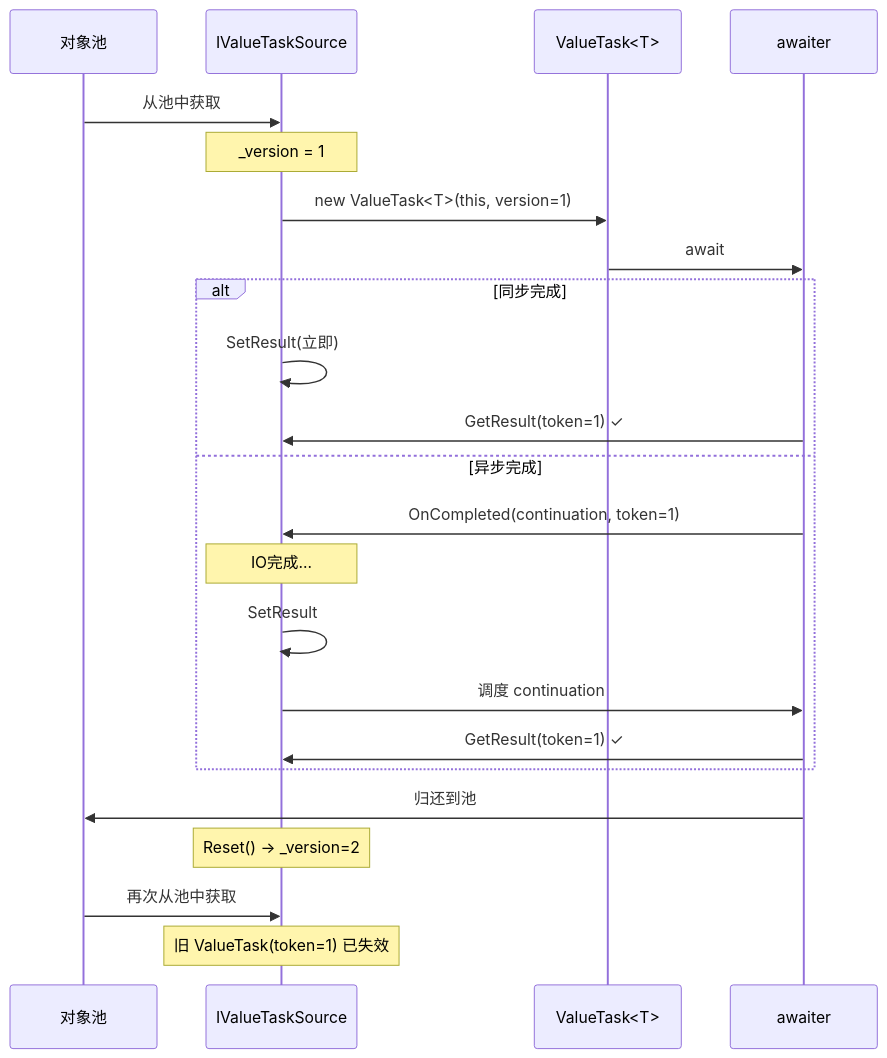
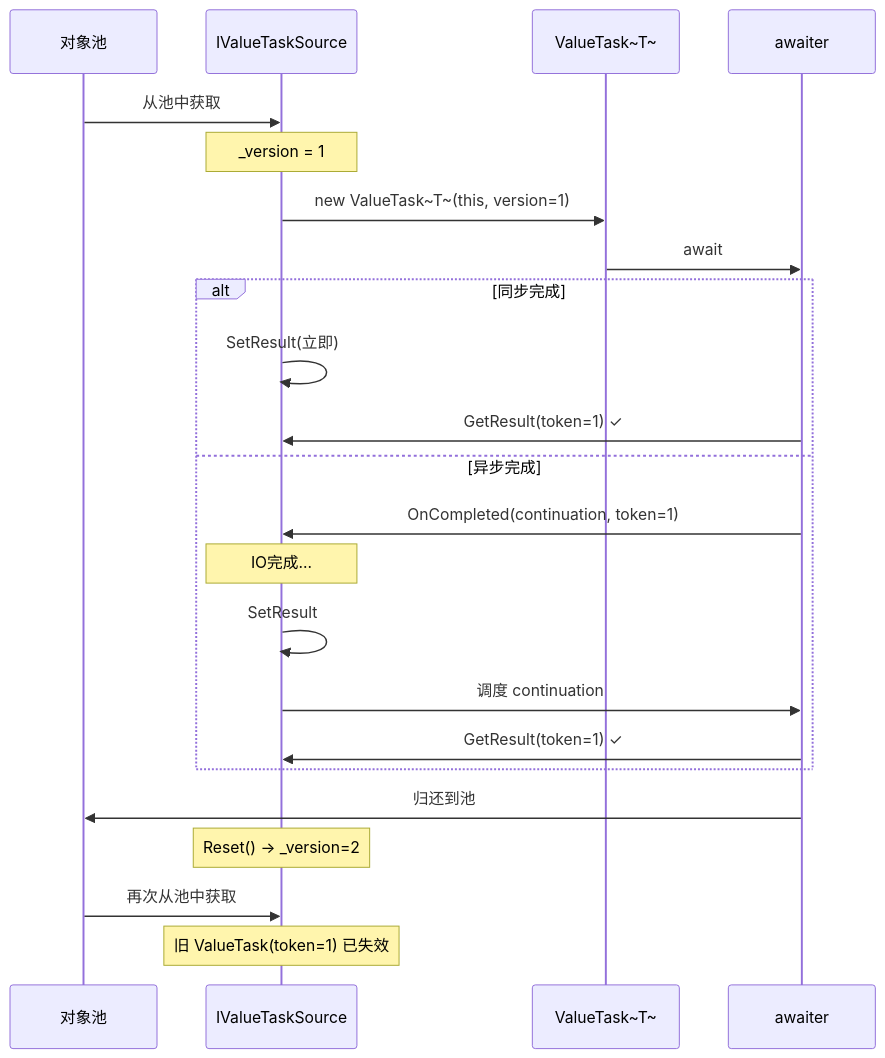
Before and after one commit to moklgydocs/moklgydocs.github.io: the seventh of 11 diagrams in src/后端开发/CSharp/CLR深度/07_异步编程原理/03_SynchronizationContext与ValueTask.md, drawn with Mermaid. The commit also changed other lines of this file and 32 other files, not shown here.

````diff
--- a/src/后端开发/CSharp/CLR深度/07_异步编程原理/03_SynchronizationContext与ValueTask.md
+++ b/src/后端开发/CSharp/CLR深度/07_异步编程原理/03_SynchronizationContext与ValueTask.md
@@ -875,30 +875,30 @@
 ```mermaid
 sequenceDiagram
     participant Pool as 对象池
     participant VTS as IValueTaskSource
-    participant VT as ValueTask<T>
+    participant VT as ValueTask~T~
     participant Awaiter as awaiter
 
     Pool->>VTS: 从池中获取
     Note over VTS: _version = 1
 
-    VTS->>VT: new ValueTask<T>(this, version=1)
+    VTS->>VT: new ValueTask~T~(this, version=1)
     VT->>Awaiter: await
 
     alt 同步完成
         VTS->>VTS: SetResult(立即)
         Awaiter->>VTS: GetResult(token=1) ✓
     else 异步完成
         Awaiter->>VTS: OnCompleted(continuation, token=1)
         Note over VTS: IO完成...
         VTS->>VTS: SetResult
         VTS->>Awaiter: 调度 continuation
         Awaiter->>VTS: GetResult(token=1) ✓
     end
 
     Awaiter->>Pool: 归还到池
     Note over VTS: Reset() → _version=2
 
     Pool->>VTS: 再次从池中获取
     Note over VTS: 旧 ValueTask(token=1) 已失效
 ```
````
